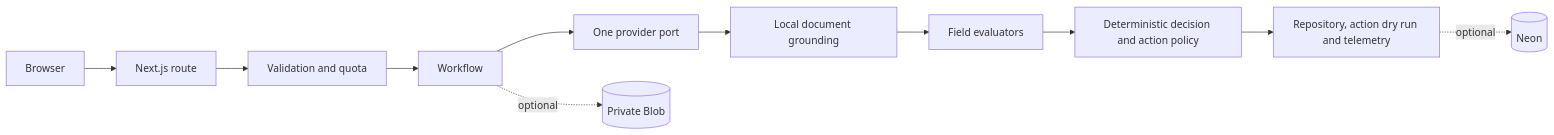
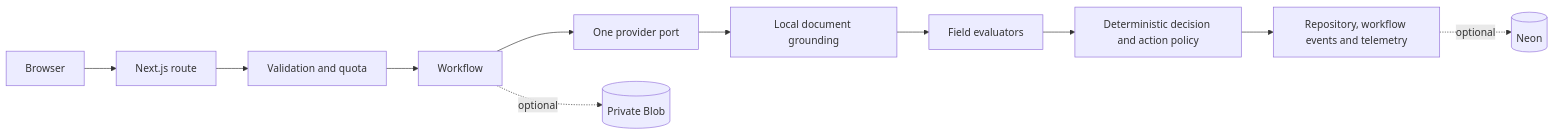
Before and after one commit to nicodelasc/document-intelligence-assurance-hub: the diagram in README.md, drawn with Mermaid. The commit also changed other lines of this file and 5 other files, not shown here.

````diff
--- a/README.md
+++ b/README.md
@@ -35,13 +35,13 @@
 ```mermaid
 flowchart LR
   Browser --> Route[Next.js route]
   Route --> Gate[Validation and quota]
   Gate --> Workflow
   Workflow --> Provider[One provider port]
   Provider --> Grounding[Local document grounding]
   Grounding --> Evaluators[Field evaluators]
   Evaluators --> Decision[Deterministic decision and action policy]
-  Decision --> Repository[Repository, action dry run and telemetry]
+  Decision --> Repository[Repository, workflow events and telemetry]
   Repository -. optional .-> Neon[(Neon)]
   Workflow -. optional .-> Blob[(Private Blob)]
 ```
````
